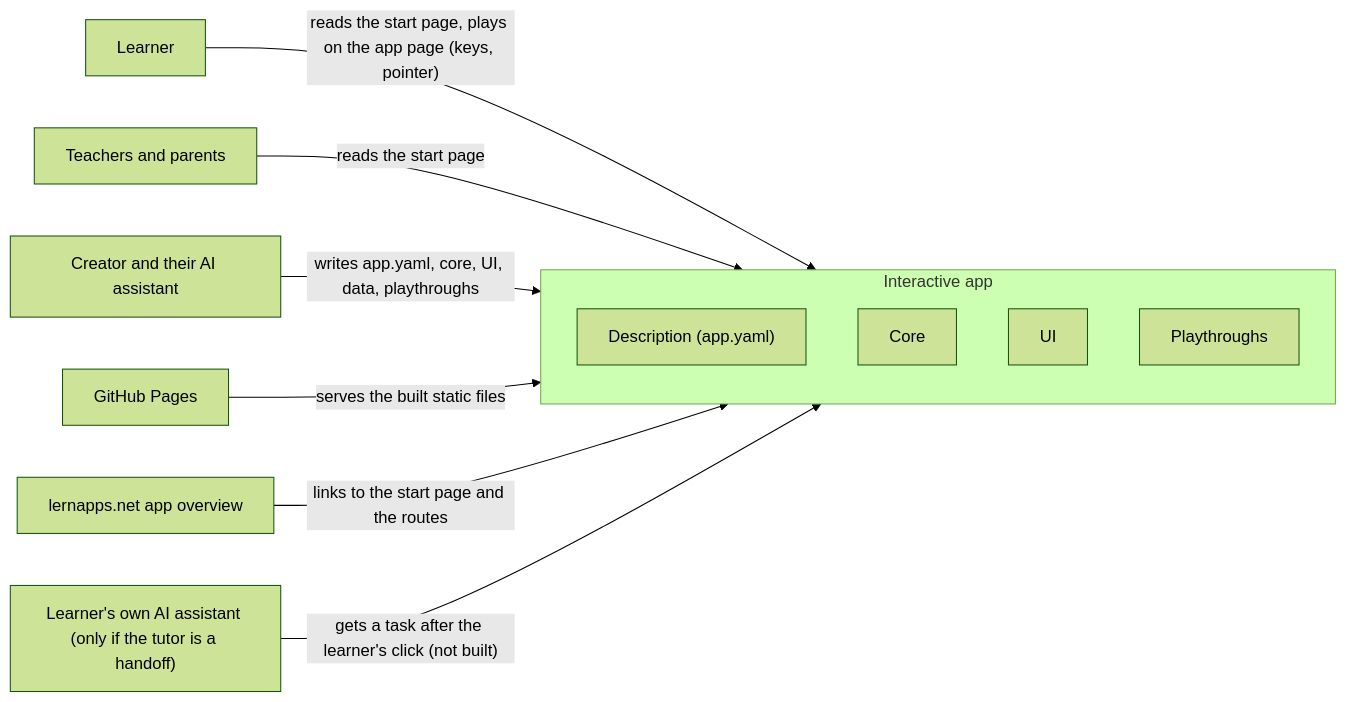
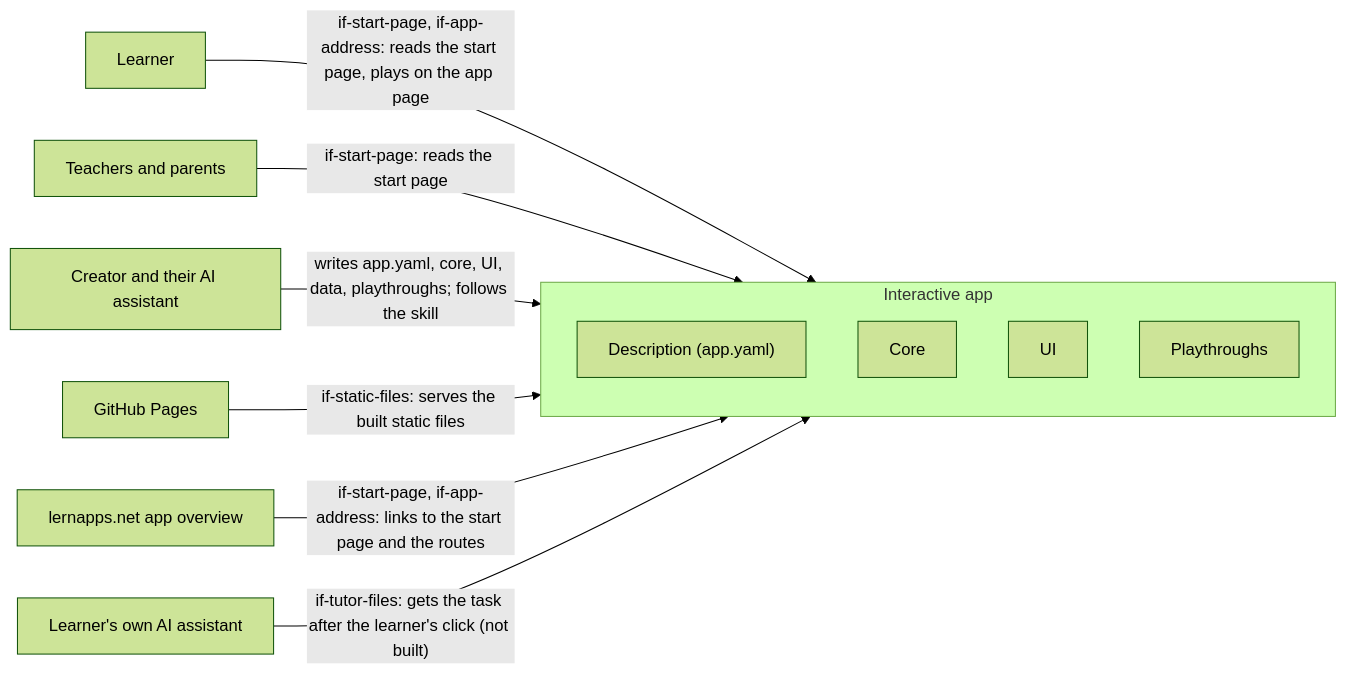
Before and after one commit to lernapps/app-templates: the diagram in interactive/docs/arc42/03-system-context.arc42.md, drawn with Mermaid (forest theme). The commit also changed other lines of this file and 12 other files, not shown here.

First line of the commit message:
docs(interactive): the architecture after review

````diff
--- a/interactive/docs/arc42/03-system-context.arc42.md
+++ b/interactive/docs/arc42/03-system-context.arc42.md
@@ -22,21 +22,21 @@
 ```mermaid
 flowchart LR
     actor-learner["Learner"]
     actor-teacher-parent["Teachers and parents"]
     actor-creator-assistant["Creator and their AI assistant"]
     actor-github-pages["GitHub Pages"]
     actor-app-overview["lernapps.net app overview"]
-    actor-learner-assistant["Learner's own AI assistant (only if the tutor is a handoff)"]
+    actor-learner-assistant["Learner's own AI assistant"]
     subgraph system["Interactive app"]
         bb-description["Description (app.yaml)"]
         bb-core["Core"]
         bb-ui["UI"]
         bb-playthroughs["Playthroughs"]
     end
-    actor-learner -->|"reads the start page, plays on the app page (keys, pointer)"| system
-    actor-teacher-parent -->|"reads the start page"| system
-    actor-creator-assistant -->|"writes app.yaml, core, UI, data, playthroughs"| system
-    actor-github-pages -->|"serves the built static files"| system
-    actor-app-overview -->|"links to the start page and the routes"| system
-    actor-learner-assistant -->|"gets a task after the learner's click (not built)"| system
+    actor-learner -->|"if-start-page, if-app-address: reads the start page, plays on the app page"| system
+    actor-teacher-parent -->|"if-start-page: reads the start page"| system
+    actor-creator-assistant -->|"writes app.yaml, core, UI, data, playthroughs; follows the skill"| system
+    actor-github-pages -->|"if-static-files: serves the built static files"| system
+    actor-app-overview -->|"if-start-page, if-app-address: links to the start page and the routes"| system
+    actor-learner-assistant -->|"if-tutor-files: gets the task after the learner's click (not built)"| system
 ```
````
